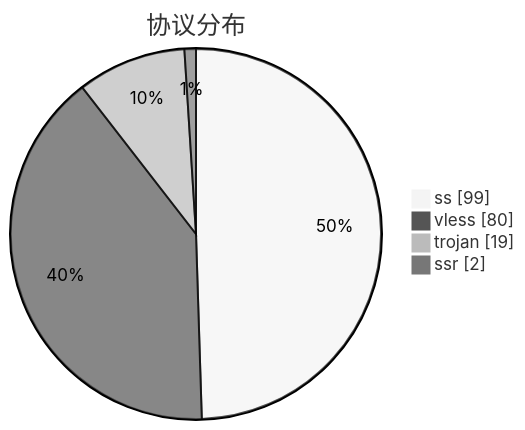
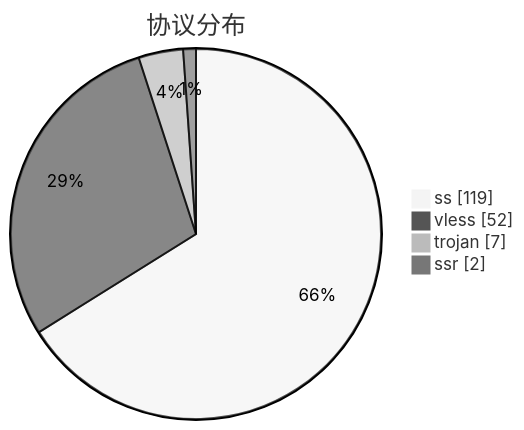
The third of 3 diagrams in subs/statistics/tested_within.md (qjlxg/airport), drawn with Mermaid (neutral theme) before and after one commit. The commit also changed other lines of this file and 2 other files, not shown here.

````diff
--- a/subs/statistics/tested_within.md
+++ b/subs/statistics/tested_within.md
@@ -28,8 +32,8 @@
 ```mermaid
 pie showData
 title 协议分布
-"ss" : 99
-"vless" : 80
-"trojan" : 19
+"ss" : 119
+"vless" : 52
+"trojan" : 7
 "ssr" : 2
 ```
````
